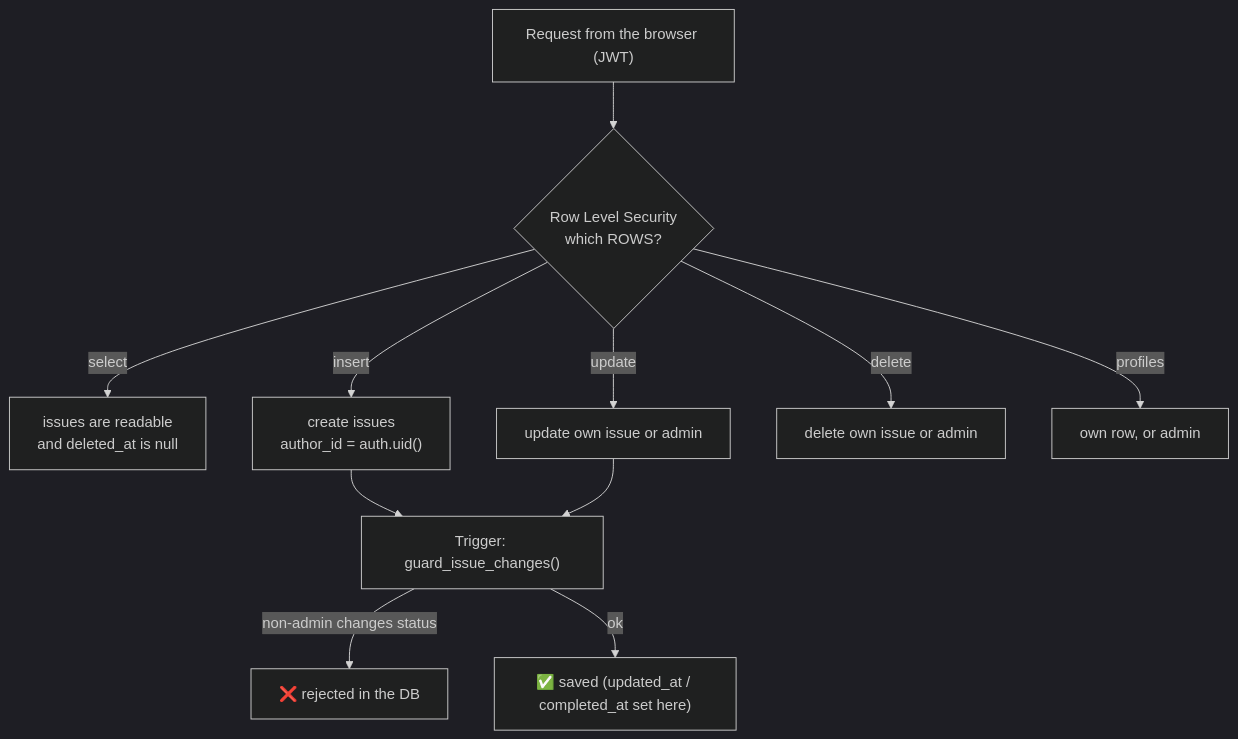
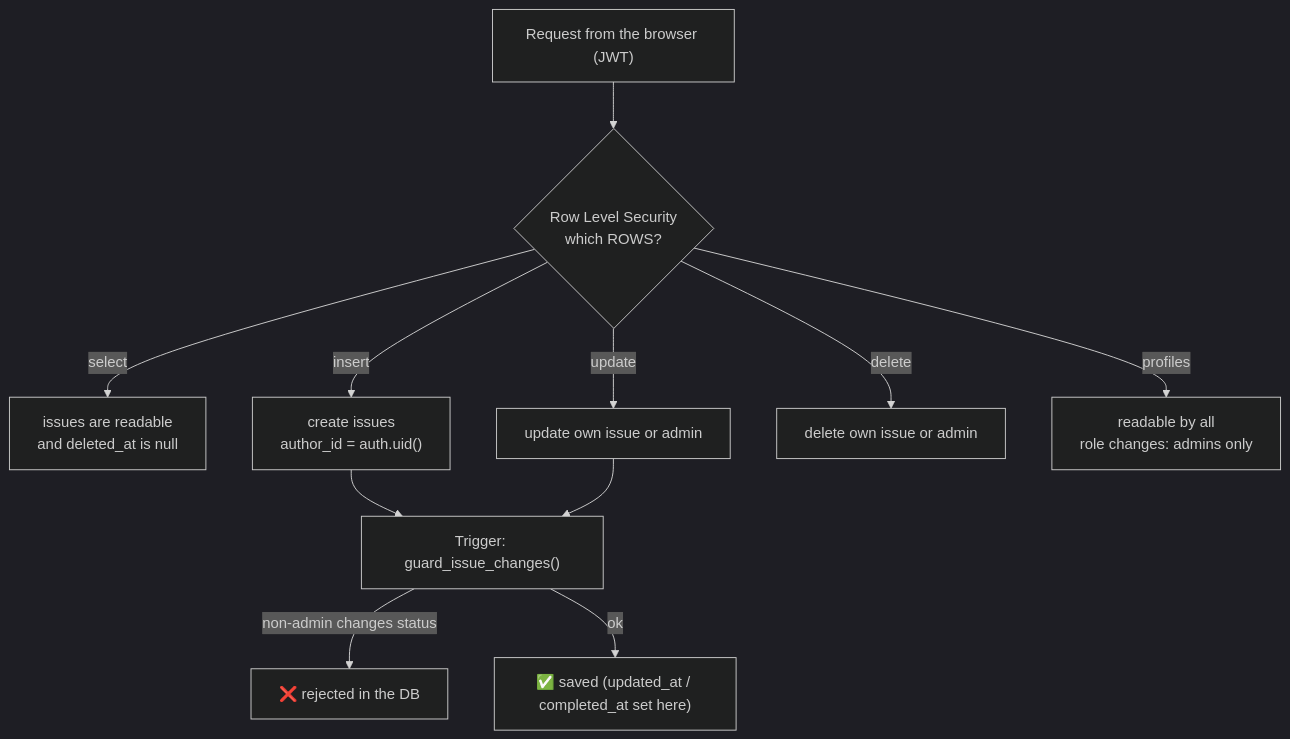
The fourth of 22 diagrams in HANDOVER.md (rawrmeo/issue-tracker), drawn with Mermaid (dark theme) before and after one commit. The commit also changed other lines of this file and 5 other files, not shown here.

````diff
--- a/HANDOVER.md
+++ b/HANDOVER.md
@@ -185,14 +232,14 @@
 ```mermaid
 flowchart TB
   R["Request from the browser (JWT)"] --> RLS{"Row Level Security<br/>which ROWS?"}
   RLS -->|select| P1["issues are readable<br/>and deleted_at is null"]
   RLS -->|insert| P2["create issues<br/>author_id = auth.uid()"]
   RLS -->|update| P3["update own issue or admin"]
   RLS -->|delete| P4["delete own issue or admin"]
-  RLS -->|"profiles"| P5["own row, or admin"]
+  RLS -->|"profiles"| P5["readable by all<br/>role changes: admins only"]
 
   P2 --> G["Trigger: guard_issue_changes()"]
   P3 --> G
   G -->|"non-admin changes status"| X["❌ rejected in the DB"]
   G -->|ok| OK["✅ saved (updated_at / completed_at set here)"]
 ```
````
